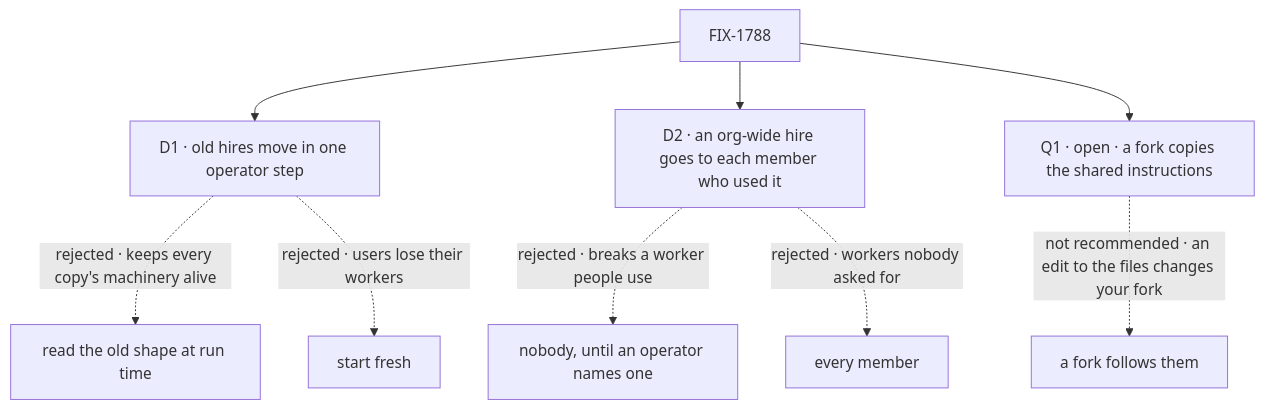
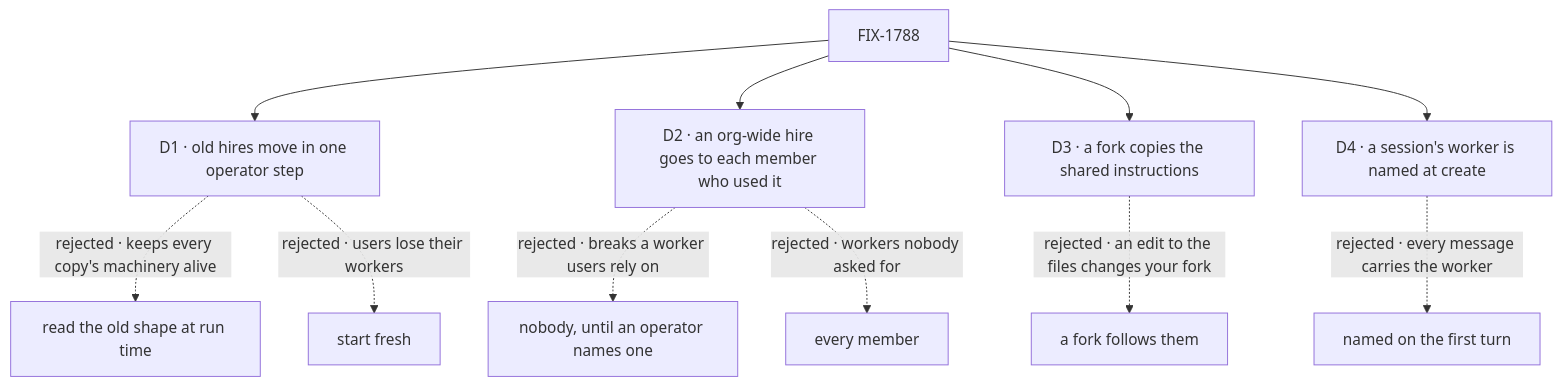
Before and after one commit to fixpoint-labs/flow-state-dev: the diagram in specs/issues/FIX-1788/DECISIONS.md, drawn with Mermaid. The commit also changed other lines of this file and 9 other files, not shown here.

First line of the commit message:
spec(FIX-1788): amendment 1 · worker named at session create; fold round two

````diff
--- a/specs/issues/FIX-1788/DECISIONS.md
+++ b/specs/issues/FIX-1788/DECISIONS.md
@@ -11,11 +12,13 @@
 ```mermaid
 flowchart TD
   I["FIX-1788"] --> D1["D1 · old hires move in one operator step"]
   D1 -.->|"rejected · keeps every copy's machinery alive"| X1["read the old shape at run time"]
   D1 -.->|"rejected · users lose their workers"| X1b["start fresh"]
   I --> D2["D2 · an org-wide hire goes to each member who used it"]
-  D2 -.->|"rejected · breaks a worker people use"| X2["nobody, until an operator names one"]
+  D2 -.->|"rejected · breaks a worker users rely on"| X2["nobody, until an operator names one"]
   D2 -.->|"rejected · workers nobody asked for"| X2b["every member"]
-  I --> Q1["Q1 · open · a fork copies the shared instructions"]
-  Q1 -.->|"not recommended · an edit to the files changes your fork"| X3["a fork follows them"]
+  I --> D3["D3 · a fork copies the shared instructions"]
+  D3 -.->|"rejected · an edit to the files changes your fork"| X3["a fork follows them"]
+  I --> D4["D4 · a session's worker is named at create"]
+  D4 -.->|"rejected · every message carries the worker"| X4["named on the first turn"]
 ```
````
